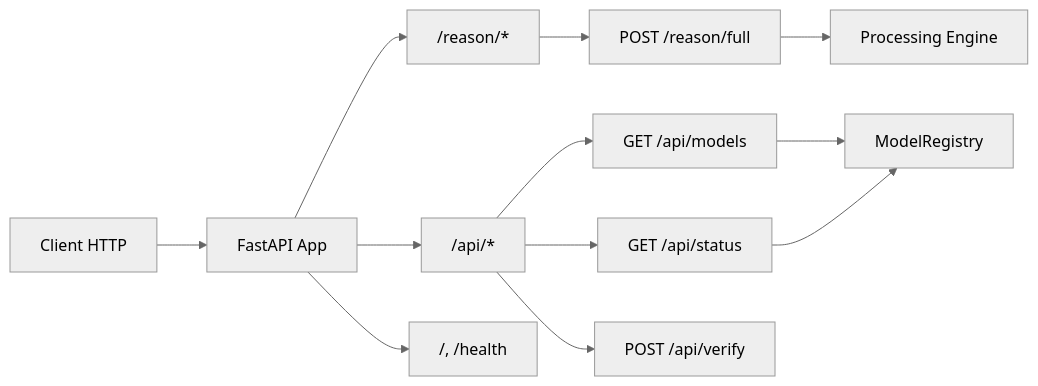
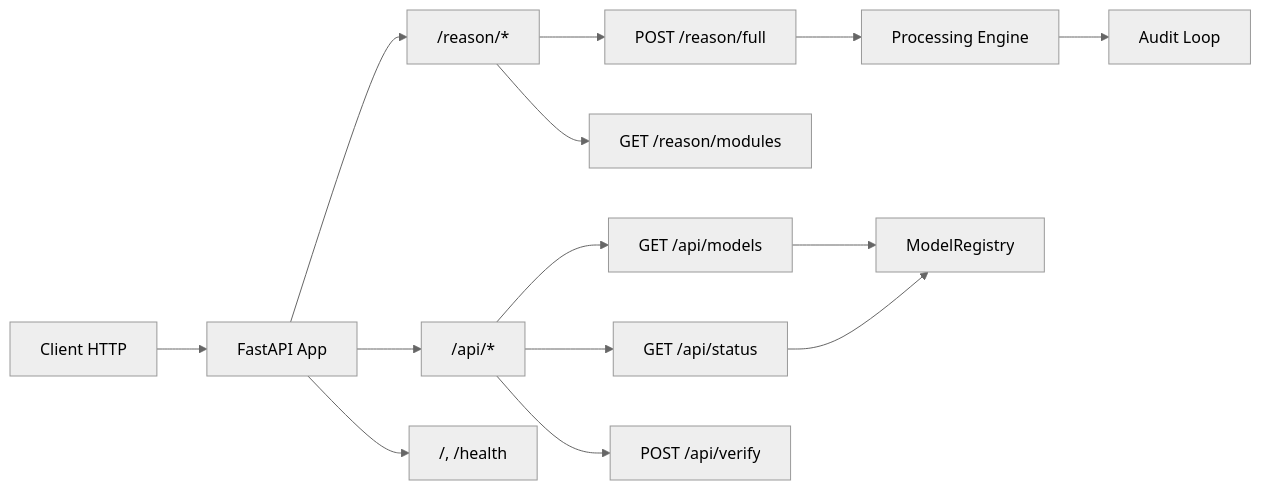
Before and after one commit to dagornc/Autologic: the second of 2 diagrams in Doc/ARCHITECTURE.md, drawn with Mermaid (neutral theme). The commit also changed other lines of this file and 37 other files, not shown here.

````diff
--- a/Doc/ARCHITECTURE.md
+++ b/Doc/ARCHITECTURE.md
@@ -96,17 +110,19 @@
 ```mermaid
 graph LR
     Client[Client HTTP] --> API[FastAPI App]
     
     API --> R1["/reason/*"]
     API --> R2["/api/*"]
     API --> R3["/, /health"]
     
     R1 --> E1[POST /reason/full]
+    R1 --> E5[GET /reason/modules]
     R2 --> E2[GET /api/models]
     R2 --> E3[GET /api/status]
     R2 --> E4[POST /api/verify]
     
     E1 --> Engine[Processing Engine]
+    Engine --> Audit[Audit Loop]
     E2 --> Registry[ModelRegistry]
     E3 --> Registry
 ```
````
